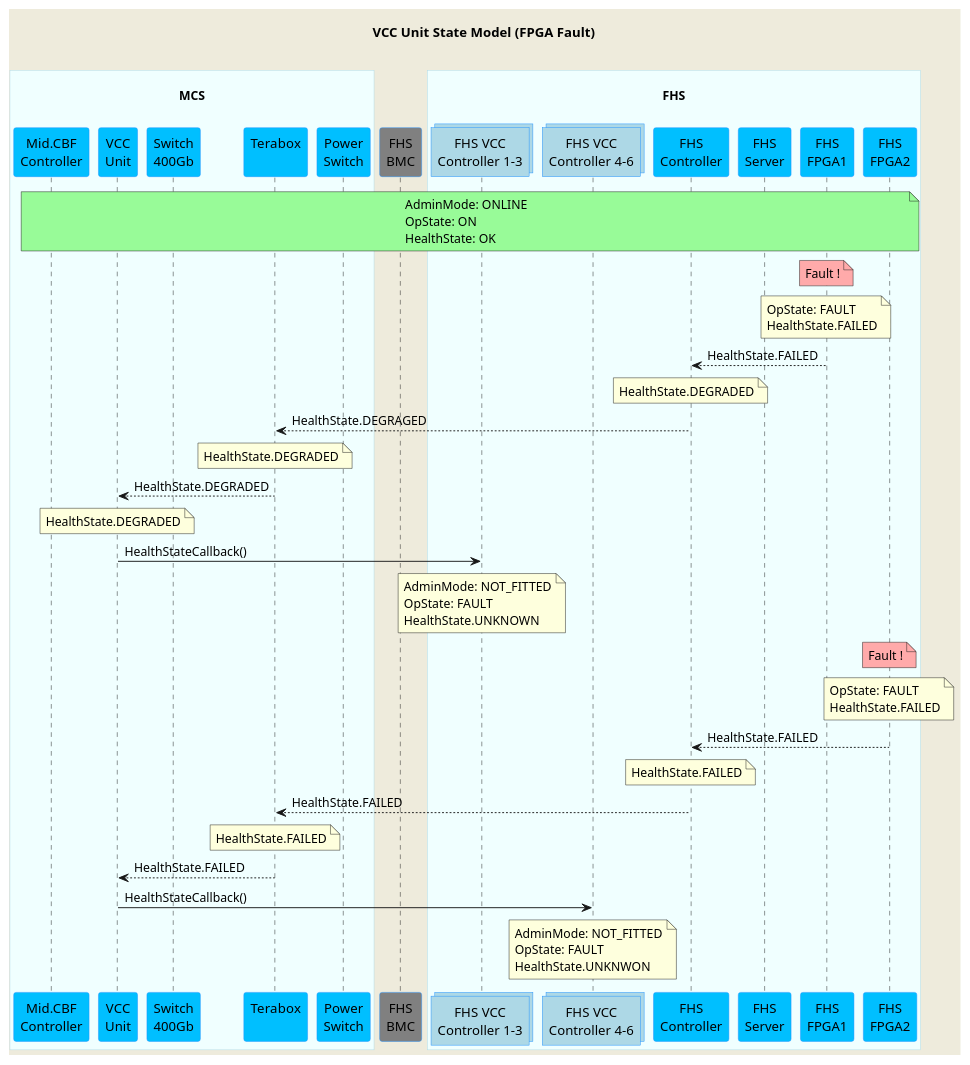
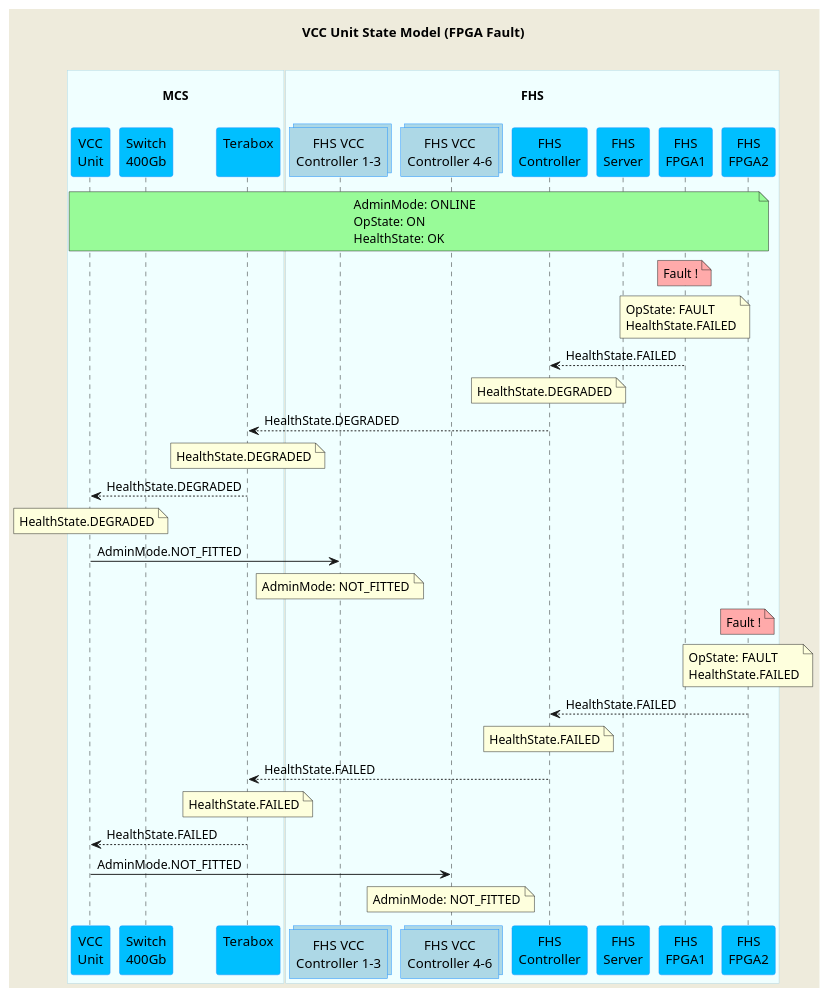
One commit to ska-telescope/mid-cbf-mcs changed the diagram in docs/src/diagrams/FHS Design/vcc-unit-fpga-fault-state-model.puml. Above: the diagram before and after it, drawn with PlantUML. The commit also changed 5 other files, not shown here.

Commit message:
CIP-2720 sequence diagram updates

```diff
--- a/docs/src/diagrams/FHS Design/vcc-unit-fpga-fault-state-model.puml
+++ b/docs/src/diagrams/FHS Design/vcc-unit-fpga-fault-state-model.puml
@@ -1,69 +1,67 @@
 @startuml
 'https://plantuml.com/sequence-diagram
 skinparam backgroundColor #EEEBDC
 skinparam sequence {
 ParticipantBorderColor DodgerBlue
 ParticipantBackgroundColor DeepSkyBlue
 ActorBorderColor DarkGreen
 ActorBackgroundColor Green
 BoxBorderColor LightBlue
 BoxBackgroundColor #F0FFFF
 }
 skinparam collections {
   BackGroundColor LightBlue
   BorderColor DodgerBlue
 }
 skinparam database {
   BackgroundColor LightGreen
   BorderColor DarkGreen
 }
 title VCC Unit State Model (FPGA Fault)\n
 ' participant "LMC\n" as lmc #Thistle
 box "\nMCS\n"
-  participant "Mid.CBF\nController" as controller
   participant "VCC\nUnit" as vcc_unit
   participant "Switch\n400Gb" as switch
   participant "Terabox\n" as terabox
-  participant "Power\nSwitch" as ps
 end box
 ' participant "Local\nCache" as cache #Salmon
 ' participant "PDU\n" as pdu #Orange
-participant "FHS\nBMC" as fhs_bmc #Grey
+' participant "FHS\nBMC" as fhs_bmc #Grey
 ' participant "FPGA\nBMC" as fpga_bmc #Grey
 box "\nFHS\n"
     collections "FHS VCC\nController 1-3" as vcc_cont1
     collections "FHS VCC\nController 4-6" as vcc_cont2
 
     participant "FHS\nController" as fhs_cont
     participant "FHS\nServer" as fhs_cpu
     participant "FHS\nFPGA1" as fhs_fpga1
     participant "FHS\nFPGA2" as fhs_fpga2
 end box
 
-note over controller, fhs_fpga2 #PaleGreen  : AdminMode: ONLINE\nOpState: ON\nHealthState: OK
+note over vcc_unit, fhs_fpga2 #PaleGreen  : AdminMode: ONLINE\nOpState: ON\nHealthState: OK
 
 note over fhs_fpga1 #FFAAAA      : Fault !
 note over fhs_fpga1                : OpState: FAULT\nHealthState.FAILED
 fhs_cont           <--  fhs_fpga1  : HealthState.FAILED
 note over fhs_cont                 : HealthState.DEGRADED
-terabox            <--  fhs_cont   : HealthState.DEGRAGED
+terabox            <--  fhs_cont   : HealthState.DEGRADED
 note over terabox                  : HealthState.DEGRADED
 vcc_unit           <--  terabox    : HealthState.DEGRADED
 note over vcc_unit                 : HealthState.DEGRADED
-vcc_unit            ->  vcc_cont1  : HealthStateCallback()
-note over vcc_cont1                : AdminMode: NOT_FITTED\nOpState: FAULT\nHealthState.UNKNOWN
+vcc_unit            ->  vcc_cont1  : AdminMode.NOT_FITTED
+note over vcc_cont1                : AdminMode: NOT_FITTED
 
 note over fhs_fpga2 #FFAAAA      : Fault !
 note over fhs_fpga2                : OpState: FAULT\nHealthState.FAILED
 fhs_cont           <--  fhs_fpga2  : HealthState.FAILED
 note over fhs_cont                 : HealthState.FAILED
 terabox            <--  fhs_cont   : HealthState.FAILED
 note over terabox                  : HealthState.FAILED
 vcc_unit           <--  terabox    : HealthState.FAILED
-vcc_unit            ->  vcc_cont2  : HealthStateCallback()
-note over vcc_cont2                : AdminMode: NOT_FITTED\nOpState: FAULT\nHealthState.UNKNWON
+vcc_unit            ->  vcc_cont2  : AdminMode.NOT_FITTED
+note over vcc_cont2                : AdminMode: NOT_FITTED
 
 
 
 
 @enduml
```
